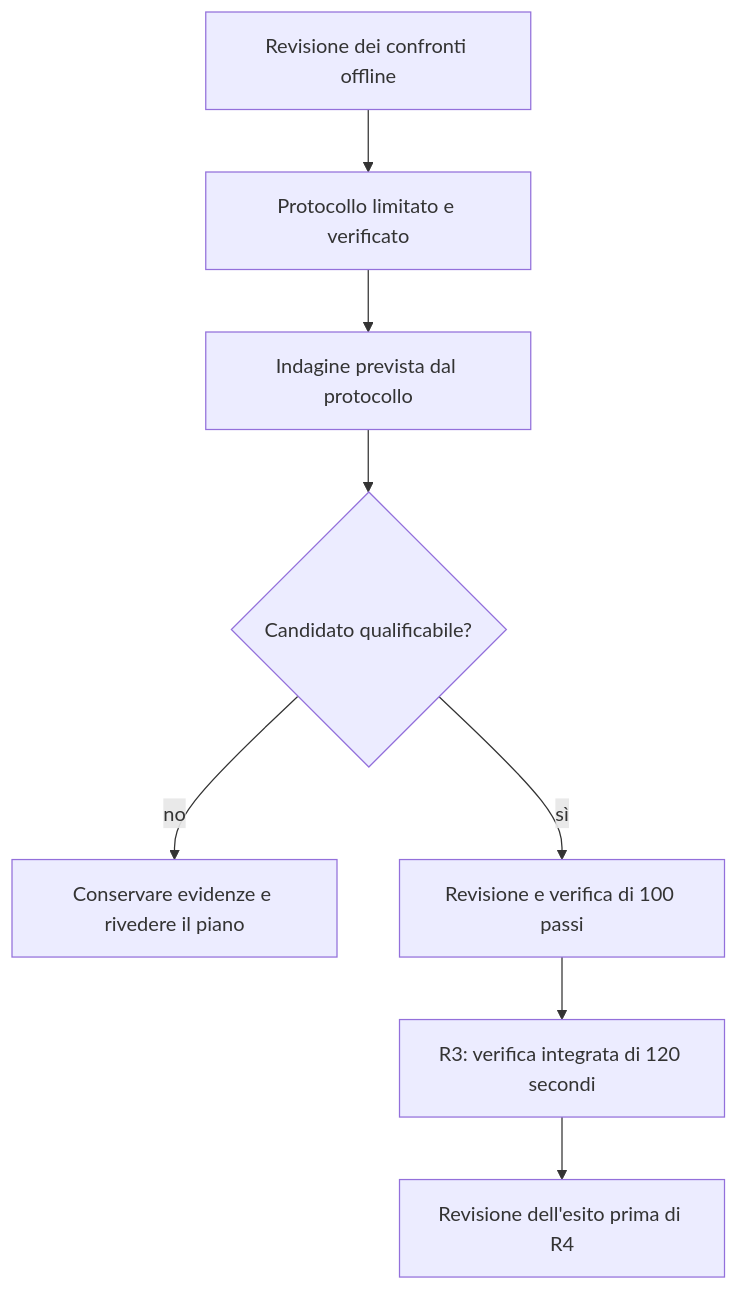
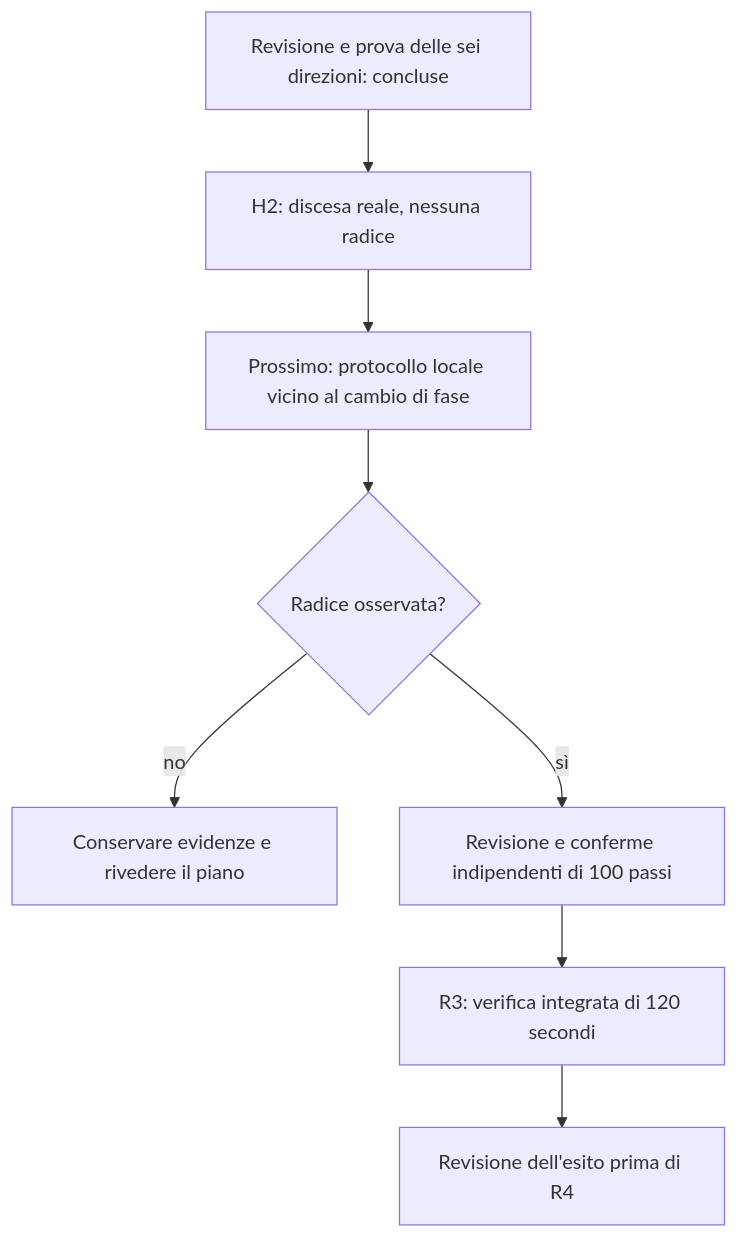
One commit to archistico/NuclearReactorSimulator changed the first of 2 diagrams in docs/ROADMAP.md. Above: the diagram before and after it, drawn with Mermaid. The commit also changed other lines of this file and 37 other files, not shown here.

````diff
--- a/docs/ROADMAP.md
+++ b/docs/ROADMAP.md
@@ -55,10 +61,10 @@
 ```mermaid
 flowchart TD
-    A["Revisione dei confronti offline"] --> B["Protocollo limitato e verificato"]
-    B --> C["Indagine prevista dal protocollo"]
-    C --> D{"Candidato qualificabile?"}
+    A["Revisione e prova delle sei direzioni: concluse"] --> B["H2: discesa reale, nessuna radice"]
+    B --> C["Prossimo: protocollo locale vicino al cambio di fase"]
+    C --> D{"Radice osservata?"}
     D -->|"no"| S["Conservare evidenze e rivedere il piano"]
-    D -->|"sì"| E["Revisione e verifica di 100 passi"]
+    D -->|"sì"| E["Revisione e conferme indipendenti di 100 passi"]
     E --> F["R3: verifica integrata di 120 secondi"]
     F --> G["Revisione dell'esito prima di R4"]
 ```
````
